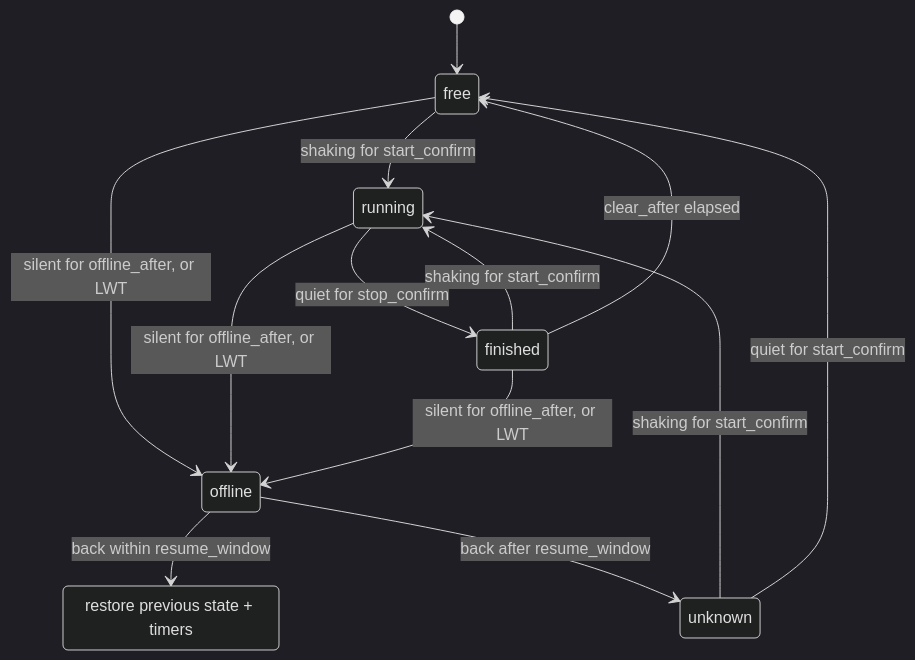
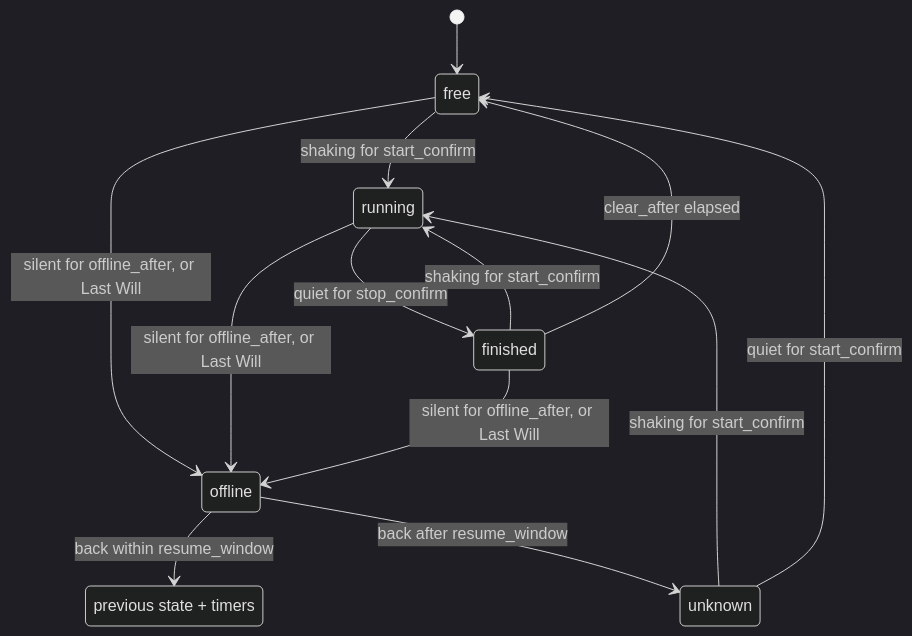
The second of 2 diagrams in README.md (alyfarghali/spincycle), drawn with Mermaid (dark theme) before and after one commit. The commit also changed other lines of this file, not shown here.

````diff
--- a/README.md
+++ b/README.md
@@ -146,16 +79,16 @@
 ```mermaid
 stateDiagram-v2
     [*] --> free
     free --> running: shaking for start_confirm
     finished --> running: shaking for start_confirm
     running --> finished: quiet for stop_confirm
     finished --> free: clear_after elapsed
-    free --> offline: silent for offline_after, or LWT
-    running --> offline: silent for offline_after, or LWT
-    finished --> offline: silent for offline_after, or LWT
-    state "restore previous state + timers" as resume
+    free --> offline: silent for offline_after, or Last Will
+    running --> offline: silent for offline_after, or Last Will
+    finished --> offline: silent for offline_after, or Last Will
+    state "previous state + timers" as resume
     offline --> resume: back within resume_window
     offline --> unknown: back after resume_window
     unknown --> running: shaking for start_confirm
     unknown --> free: quiet for start_confirm
 ```
````
